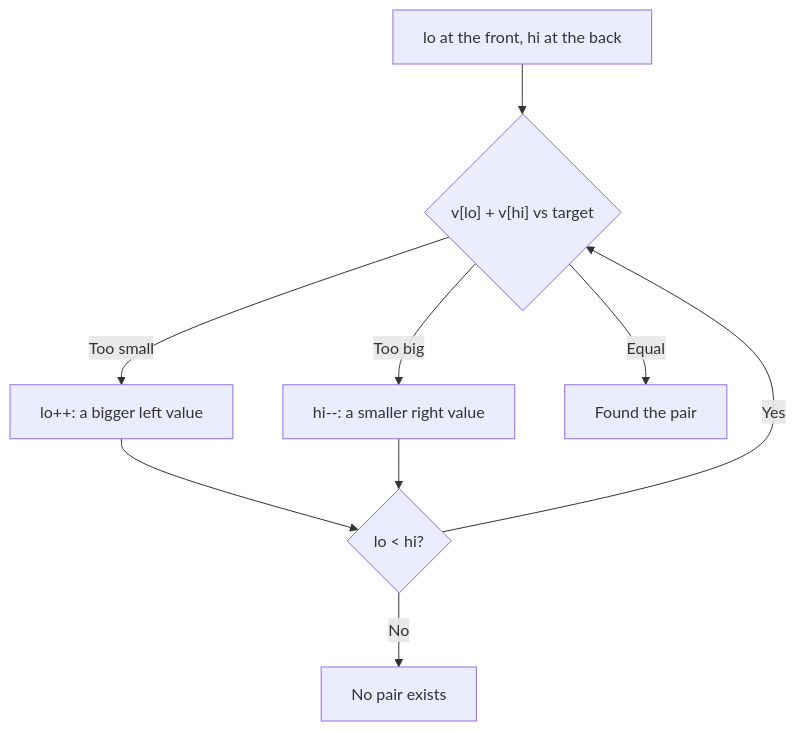
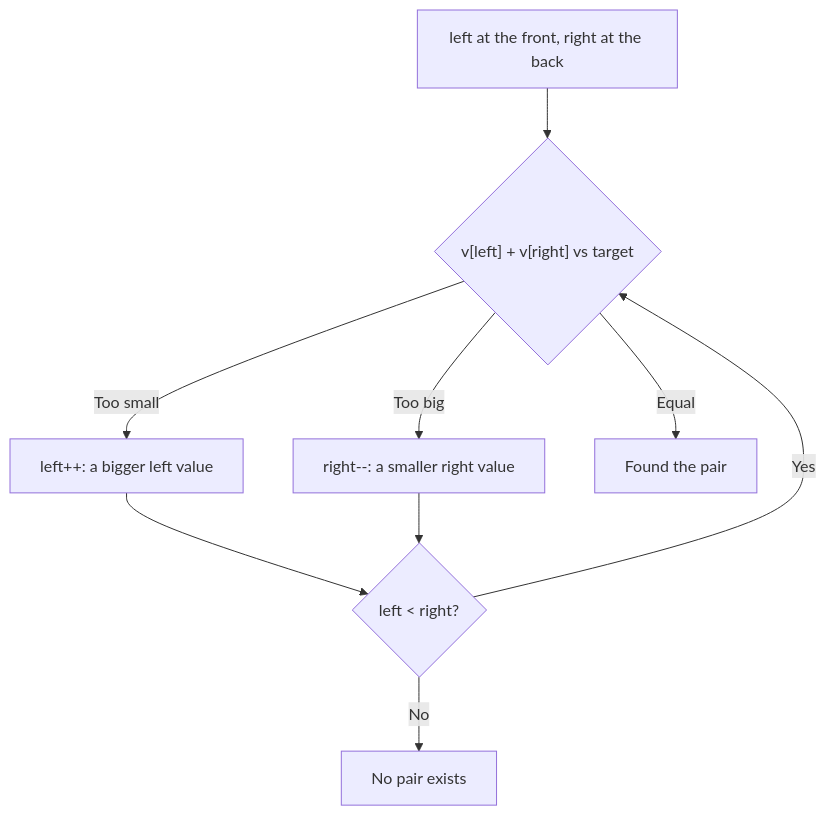
One commit to Nidanos/ai-tutor-platform changed the first of 3 diagrams in apps/api/src/infrastructure/database/seed/dsa-lessons/two-pointers.md. Above: the diagram before and after it, drawn with Mermaid. The commit also changed other lines of this file and 27 other files, not shown here.

````diff
--- a/apps/api/src/infrastructure/database/seed/dsa-lessons/two-pointers.md
+++ b/apps/api/src/infrastructure/database/seed/dsa-lessons/two-pointers.md
@@ -35,11 +35,11 @@
 ```mermaid
 flowchart TB
-    A["lo at the front, hi at the back"] --> B{"v[lo] + v[hi] vs target"}
-    B -->|"Too small"| C["lo++: a bigger left value"]
-    B -->|"Too big"| D["hi--: a smaller right value"]
+    A["left at the front, right at the back"] --> B{"v[left] + v[right] vs target"}
+    B -->|"Too small"| C["left++: a bigger left value"]
+    B -->|"Too big"| D["right--: a smaller right value"]
     B -->|"Equal"| E["Found the pair"]
-    C --> F{"lo < hi?"}
+    C --> F{"left < right?"}
     D --> F
     F -->|"Yes"| B
     F -->|"No"| G["No pair exists"]
 ```
````
